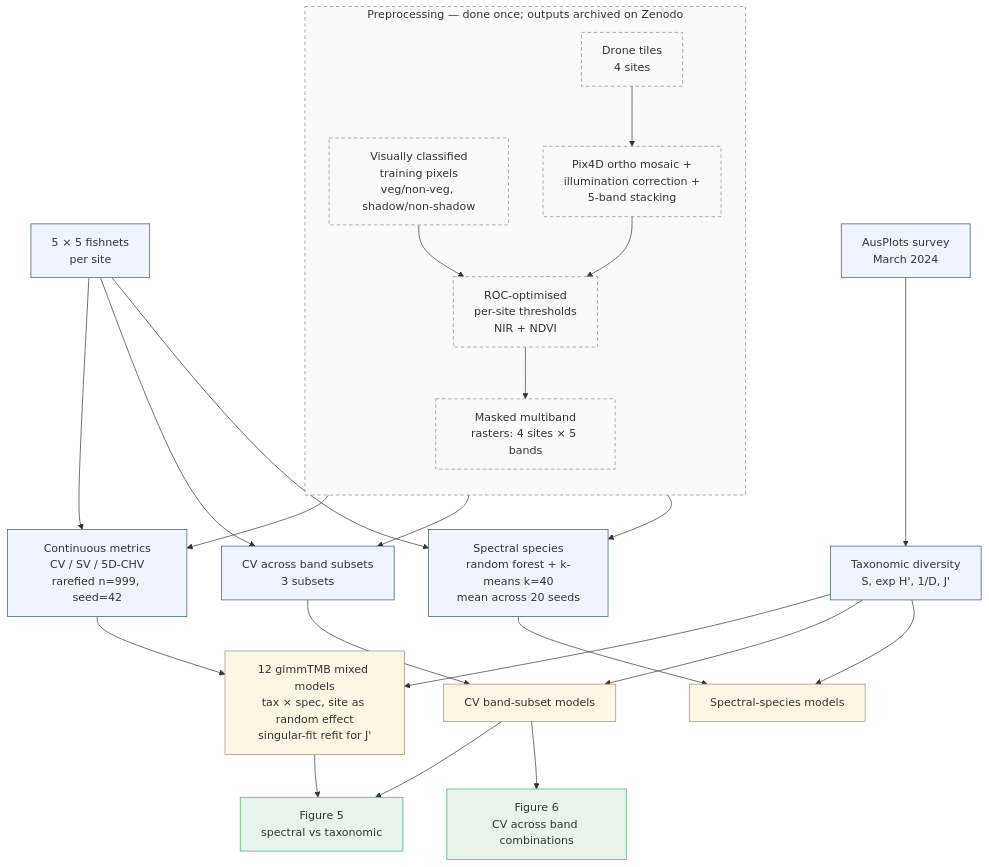
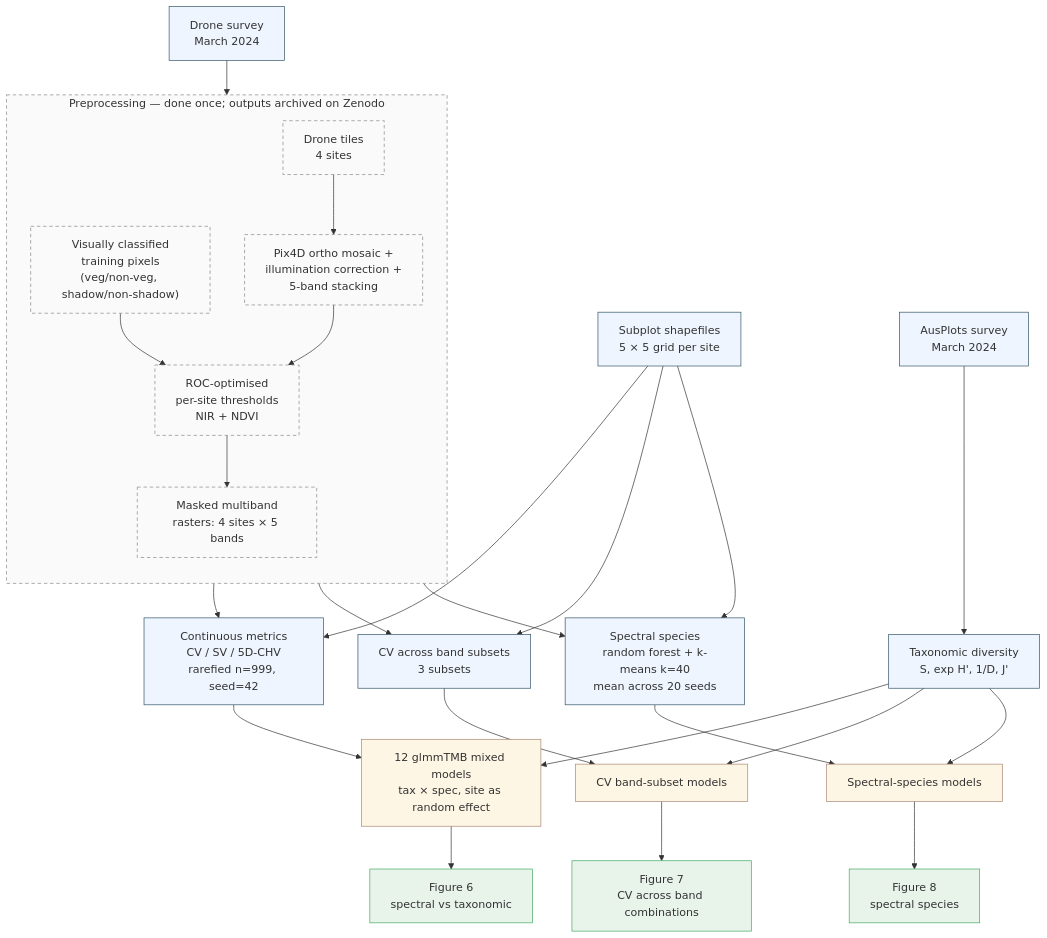
The diagram in README.md (adelegem/multispectral_drone_svh), drawn with Mermaid before and after one commit.

Commit message:
update workflow figure

````diff
--- a/README.md
+++ b/README.md
@@ -185,33 +185,38 @@
 ```mermaid
 flowchart TD
   classDef pre fill:#fafafa,stroke:#888,stroke-dasharray: 5 4
   classDef anal fill:#eef5ff,stroke:#356
   classDef model fill:#fef6e4,stroke:#a87
   classDef fig fill:#e8f3ea,stroke:#4a6
 
+  dsurvey[Drone survey<br/>March 2024]:::anal
+
   subgraph preprocess [Preprocessing — done once; outputs archived on Zenodo]
     direction TB
     drone[Drone tiles<br/>4 sites] --> pix4d
-    train[Visually classified<br/>training pixels<br/>veg/non-veg, shadow/non-shadow] --> roc
+    train["Visually classified<br/>training pixels<br/>(veg/non-veg, shadow/non-shadow)"] --> roc
     pix4d[Pix4D ortho mosaic +<br/>illumination correction +<br/>5-band stacking] --> roc
     roc[ROC-optimised<br/>per-site thresholds<br/>NIR + NDVI] --> masked
     masked[Masked multiband<br/>rasters: 4 sites × 5 bands]
   end
   class preprocess,drone,train,pix4d,roc,masked pre
 
-  fishnets[5 × 5 fishnets<br/>per site]:::anal
+  dsurvey --> drone
+
+  fishnets[Subplot shapefiles<br/>5 × 5 grid per site]:::anal
   survey[AusPlots survey<br/>March 2024]:::anal
 
   masked --> cont[Continuous metrics<br/>CV / SV / 5D-CHV<br/>rarefied n=999, seed=42]:::anal
   masked --> cvsubset[CV across band subsets<br/>3 subsets]:::anal
   masked --> ss[Spectral species<br/>random forest + k-means k=40<br/>mean across 20 seeds]:::anal
   fishnets --> cont & cvsubset & ss
   survey --> tax[Taxonomic diversity<br/>S, exp H', 1/D, J']:::anal
 
-  cont & tax --> m1[12 glmmTMB mixed models<br/>tax × spec, site as random effect<br/>singular-fit refit for J']:::model
+  cont & tax --> m1[12 glmmTMB mixed models<br/>tax × spec, site as random effect]:::model
   cvsubset & tax --> m2[CV band-subset models]:::model
   ss & tax --> m3[Spectral-species models]:::model
 
-  m1 & m2 --> fig5[Figure 5<br/>spectral vs taxonomic]:::fig
-  m2 --> fig6[Figure 6<br/>CV across band combinations]:::fig
+  m1 --> fig6[Figure 6<br/>spectral vs taxonomic]:::fig
+  m2 --> fig7[Figure 7<br/>CV across band combinations]:::fig
+  m3 --> fig8[Figure 8<br/>spectral species]:::fig
 ```
````
